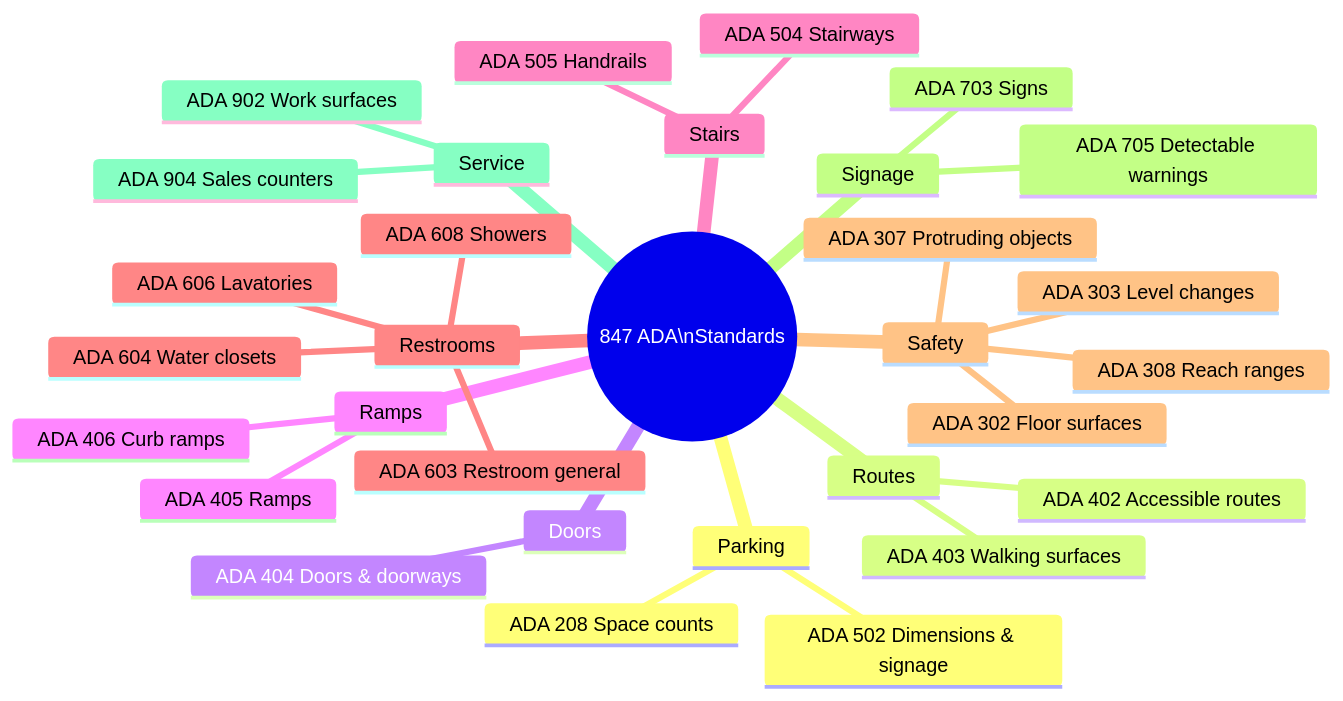
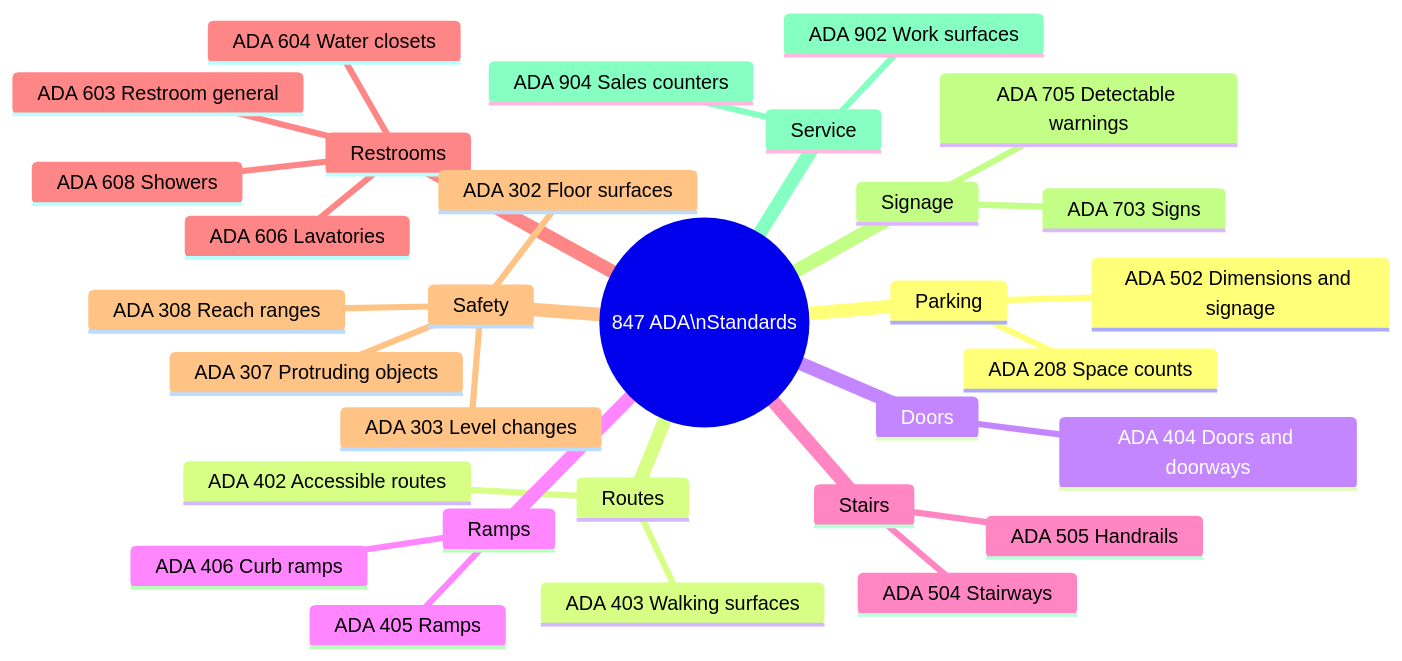
Diagram 12 of 12 in README.md (Iceman-Dann/AccessMap), drawn with Mermaid before and after one commit. The commit also changed other lines of this file, not shown here.

````diff
--- a/README.md
+++ b/README.md
@@ -471,34 +473,34 @@
 ```mermaid
 mindmap
   root((847 ADA\nStandards))
     Parking
       ADA 208 Space counts
-      ADA 502 Dimensions & signage
+      ADA 502 Dimensions and signage
     Routes
       ADA 402 Accessible routes
       ADA 403 Walking surfaces
     Doors
-      ADA 404 Doors & doorways
+      ADA 404 Doors and doorways
     Ramps
       ADA 405 Ramps
       ADA 406 Curb ramps
     Stairs
       ADA 504 Stairways
       ADA 505 Handrails
     Restrooms
       ADA 603 Restroom general
       ADA 604 Water closets
       ADA 606 Lavatories
       ADA 608 Showers
     Safety
       ADA 302 Floor surfaces
       ADA 303 Level changes
       ADA 307 Protruding objects
       ADA 308 Reach ranges
     Signage
       ADA 703 Signs
       ADA 705 Detectable warnings
     Service
       ADA 902 Work surfaces
       ADA 904 Sales counters
 ```
````
